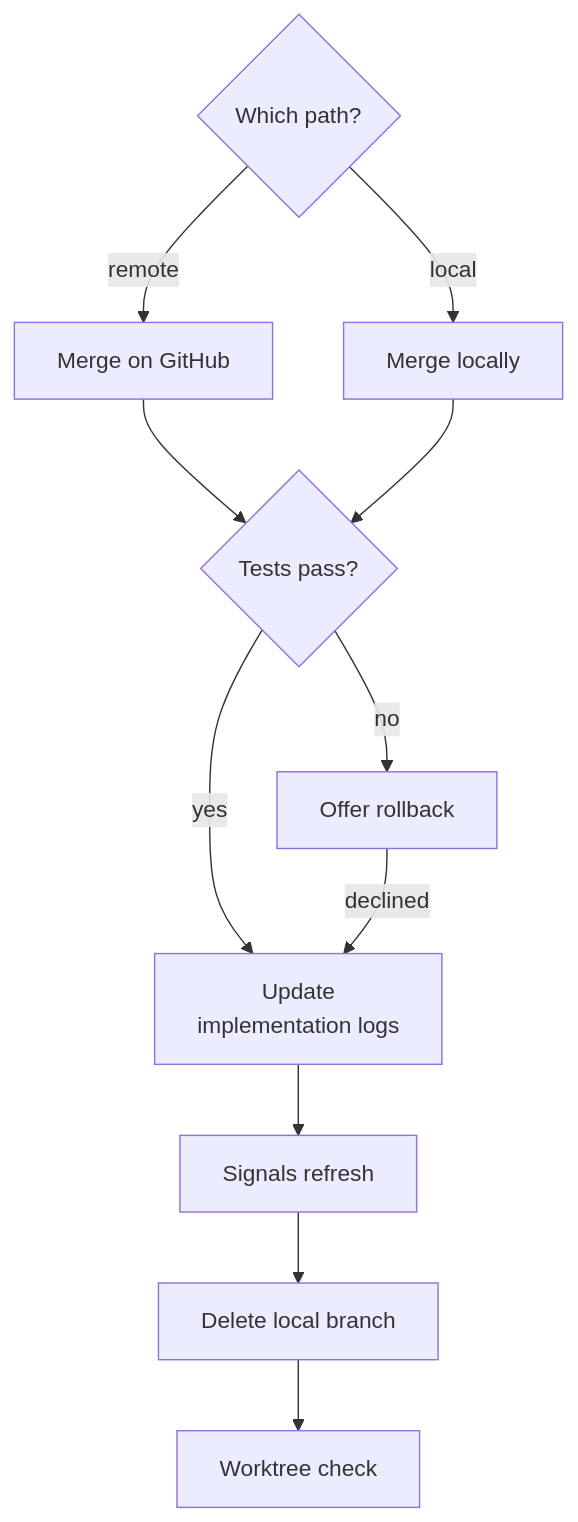
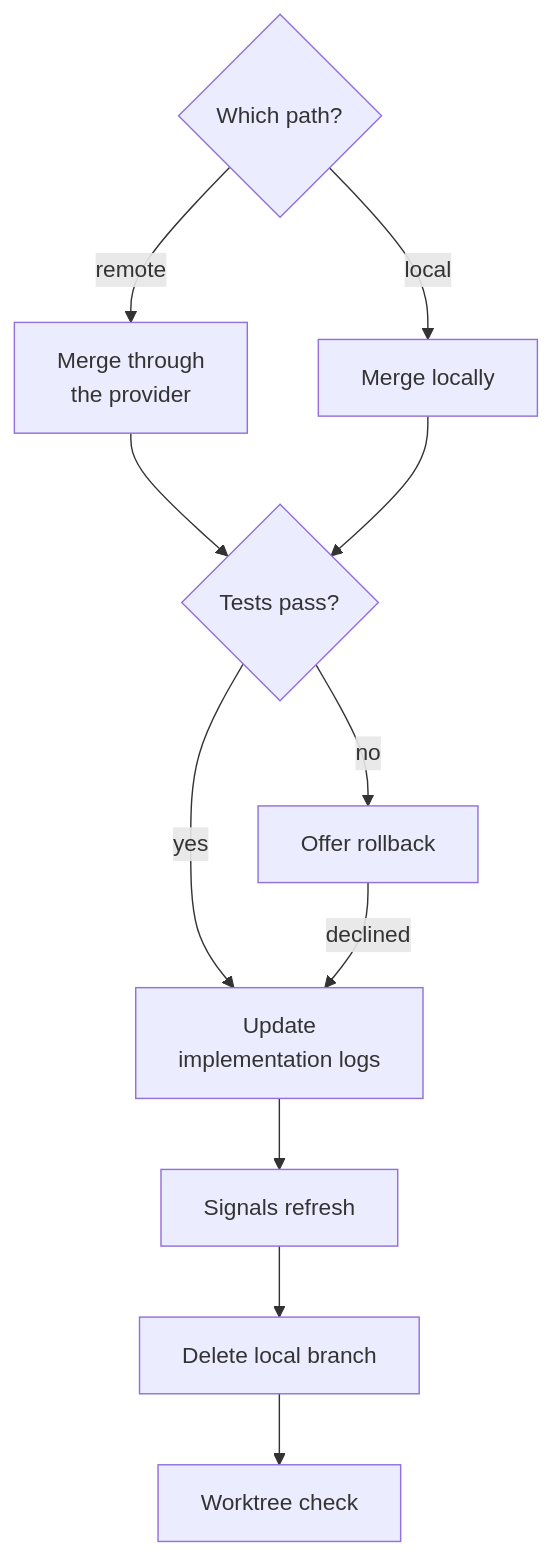
Before and after one commit to damusix/atomic-claude: the second of 2 diagrams in context/_partials/merge-flow.md, drawn with Mermaid. The commit also changed other lines of this file and 795 other files, not shown here.

````diff
--- a/context/_partials/merge-flow.md
+++ b/context/_partials/merge-flow.md
@@ -34,13 +37,13 @@
 ```mermaid
 flowchart TD
-    P{"Which path?"} -->|remote| R["Merge on GitHub"]
+    P{"Which path?"} -->|remote| R["Merge through<br/>the provider"]
     P -->|local| L["Merge locally"]
     R --> T{"Tests pass?"}
     L --> T
     T -->|no| F["Offer rollback"]
     T -->|yes| I["Update<br/>implementation logs"]
     F -->|declined| I
     I --> G["Signals refresh"]
     G --> X["Delete local branch"]
     X --> W["Worktree check"]
 ```
````
